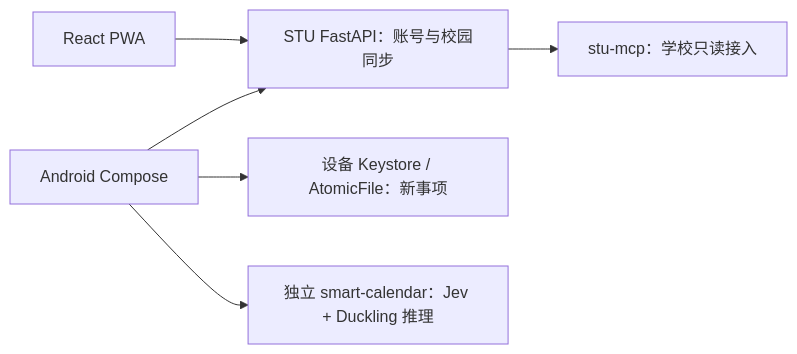
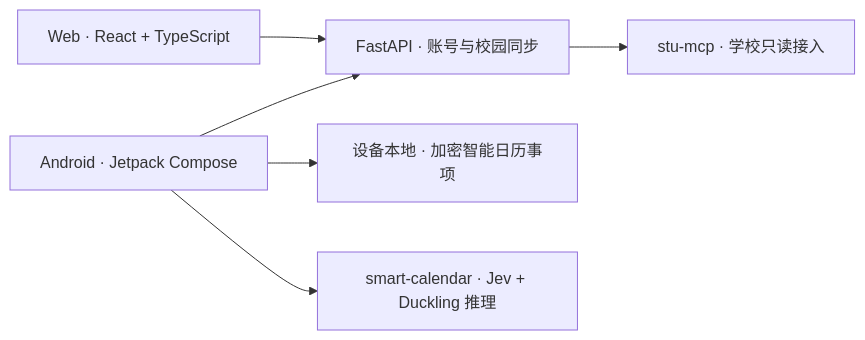
The diagram in README.md (csensicrigley-netizen/stu-assistant), drawn with Mermaid before and after one commit. The commit also changed other lines of this file, not shown here.

````diff
--- a/README.md
+++ b/README.md
@@ -40,8 +50,8 @@
 ```mermaid
 flowchart LR
-    Web[React PWA] --> STU[STU FastAPI：账号与校园同步]
-    App[Android Compose] --> STU
-    STU --> School[stu-mcp：学校只读接入]
-    App --> Local[设备 Keystore / AtomicFile：新事项]
-    App --> Inference[独立 smart-calendar：Jev + Duckling 推理]
+    Android["Android · Jetpack Compose"] --> API["FastAPI · 账号与校园同步"]
+    Web["Web · React + TypeScript"] --> API
+    API --> MCP["stu-mcp · 学校只读接入"]
+    Android --> Local["设备本地 · 加密智能日历事项"]
+    Android --> Calendar["smart-calendar · Jev + Duckling 推理"]
 ```
````
